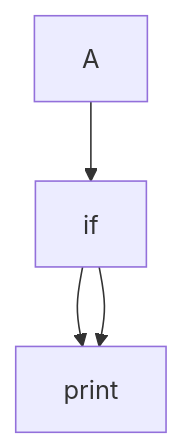
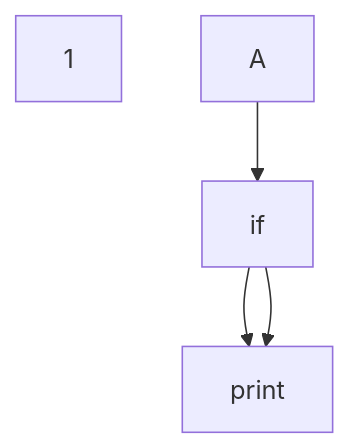
Before and after one commit to JuannHerna/Trabajo8: the diagram in README.md, drawn with Mermaid.

````diff
--- a/README.md
+++ b/README.md
@@ -3,7 +3,7 @@
 ``` mermaid
     graph TD;
-    A-->if;
+    A-->if; 1
     if-->print;
     if-->print;
     
 ```
````
